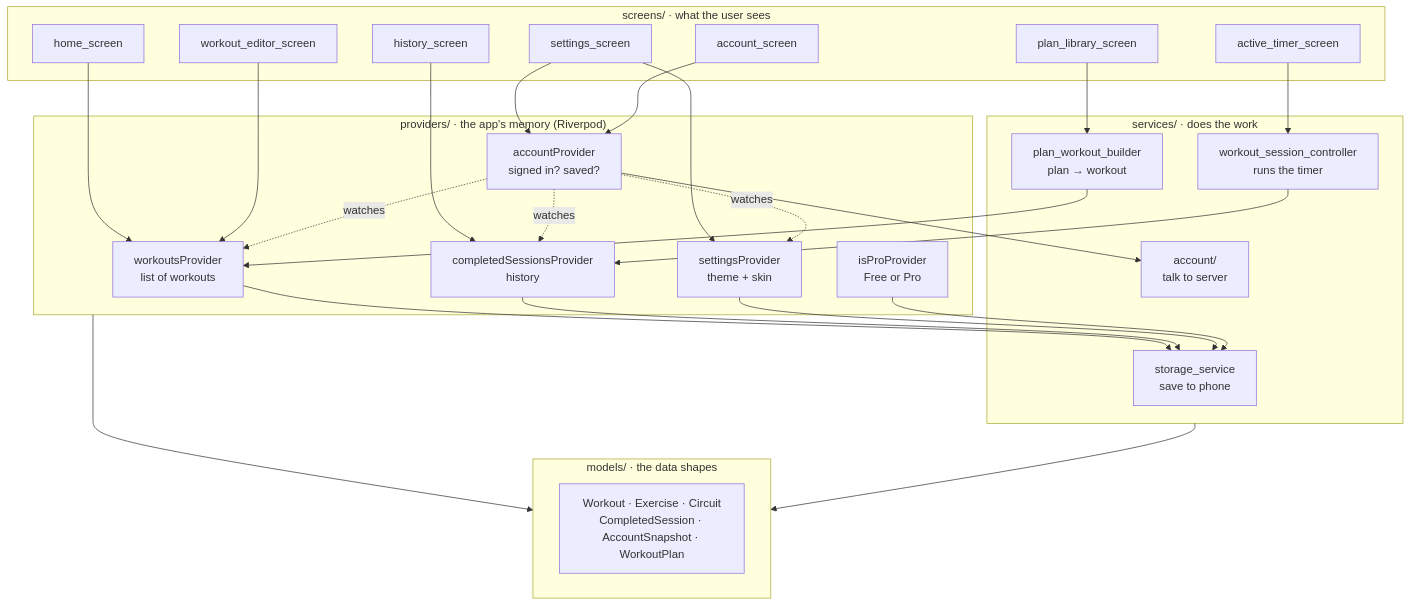
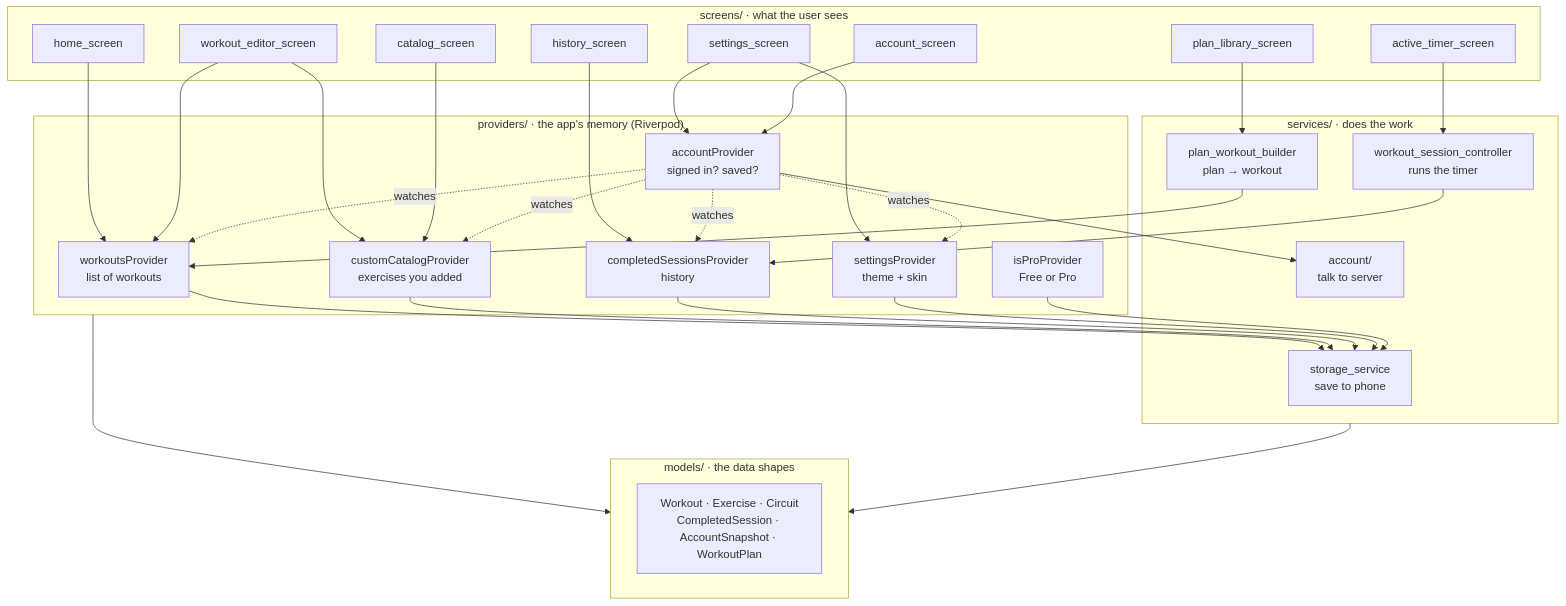
The second of 6 diagrams in GUIDE.md (kuikai/stackfit), drawn with Mermaid before and after one commit. The commit also changed other lines of this file and 16 other files, not shown here.

Commit message:
Save custom exercises in the catalog so they can be reused and synced.

````diff
--- a/GUIDE.md
+++ b/GUIDE.md
@@ -72,53 +72,59 @@
 ```mermaid
 flowchart TB
   subgraph Screens["screens/ · what the user sees"]
     Home[home_screen]
     Editor[workout_editor_screen]
+    Catalog[catalog_screen]
     Timer[active_timer_screen]
     History[history_screen]
     Settings[settings_screen]
     Plans[plan_library_screen]
     Account[account_screen]
   end
 
   subgraph Providers["providers/ · the app's memory (Riverpod)"]
     WP[workoutsProvider<br/>list of workouts]
+    CCP[customCatalogProvider<br/>exercises you added]
     CP[completedSessionsProvider<br/>history]
     SP[settingsProvider<br/>theme + skin]
     PP[isProProvider<br/>Free or Pro]
     AP[accountProvider<br/>signed in? saved?]
   end
 
   subgraph Services["services/ · does the work"]
     Store[storage_service<br/>save to phone]
     Session[workout_session_controller<br/>runs the timer]
     Sync[account/<br/>talk to server]
     Plan[plan_workout_builder<br/>plan → workout]
   end
 
   subgraph Models["models/ · the data shapes"]
     M[Workout · Exercise · Circuit<br/>CompletedSession · AccountSnapshot · WorkoutPlan]
   end
 
   Home --> WP
   Editor --> WP
+  Editor --> CCP
+  Catalog --> CCP
   Timer --> Session --> CP
   History --> CP
   Settings --> SP
   Settings --> AP
   Plans --> Plan --> WP
   Account --> AP
 
   WP --> Store
+  CCP --> Store
   CP --> Store
   SP --> Store
   PP --> Store
   AP --> Sync
 
   AP -. "watches" .-> WP
   AP -. "watches" .-> CP
   AP -. "watches" .-> SP
+  AP -. "watches" .-> CCP
 
   Providers --> Models
   Services --> Models
 ```
````
